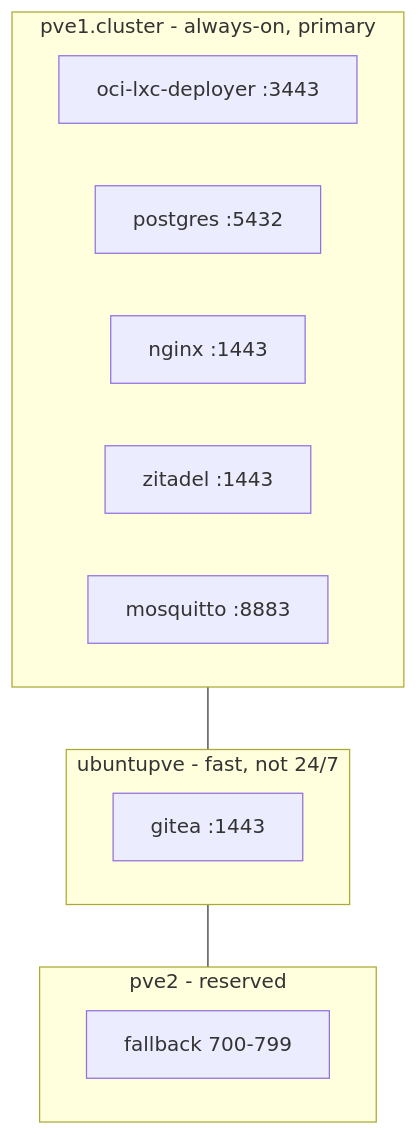
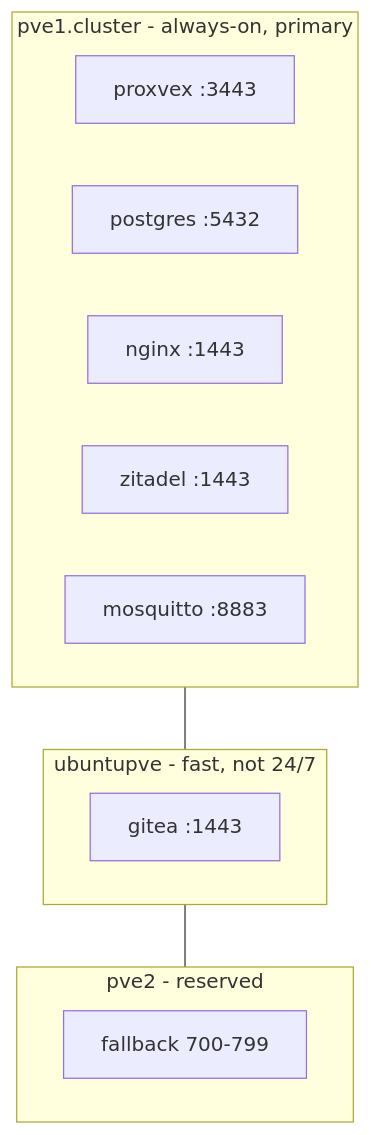
The first of 4 diagrams in production/INFRASTRUCTURE.md (proxvex/proxvex), drawn with Mermaid before and after one commit. The commit also changed other lines of this file and 255 other files, not shown here.

First line of the commit message:
chore: Rename oci-lxc-deployer to proxvex and enhance task definitions (#174)

````diff
--- a/production/INFRASTRUCTURE.md
+++ b/production/INFRASTRUCTURE.md
@@ -8,21 +8,21 @@
 ```mermaid
 graph TB
     subgraph pve1["pve1.cluster - always-on, primary"]
-        deployer[oci-lxc-deployer :3443]
+        deployer[proxvex :3443]
         postgres[postgres :5432]
         nginx[nginx :1443]
         zitadel[zitadel :1443]
         mosquitto[mosquitto :8883]
     end
 
     subgraph ubuntupve["ubuntupve - fast, not 24/7"]
         gitea[gitea :1443]
     end
 
     subgraph pve2["pve2 - reserved"]
         future[fallback 700-799]
     end
 
     pve1 --- ubuntupve
     ubuntupve --- pve2
 ```
````
